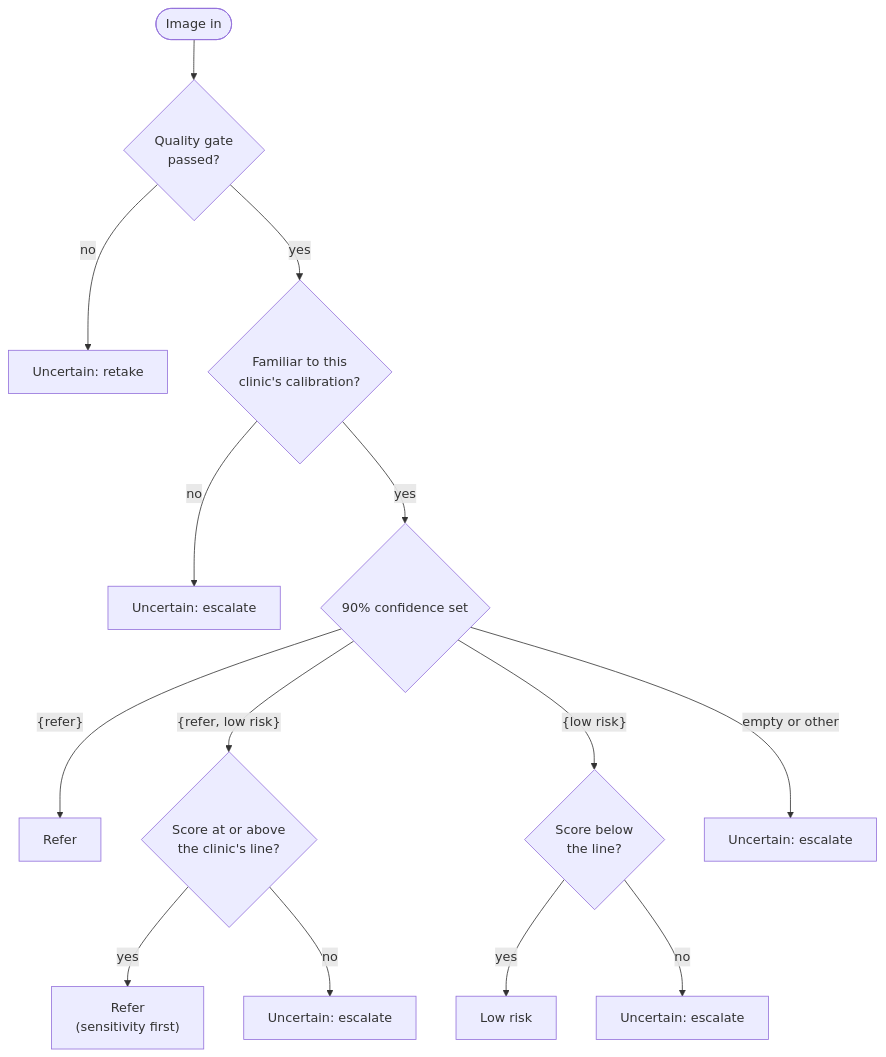
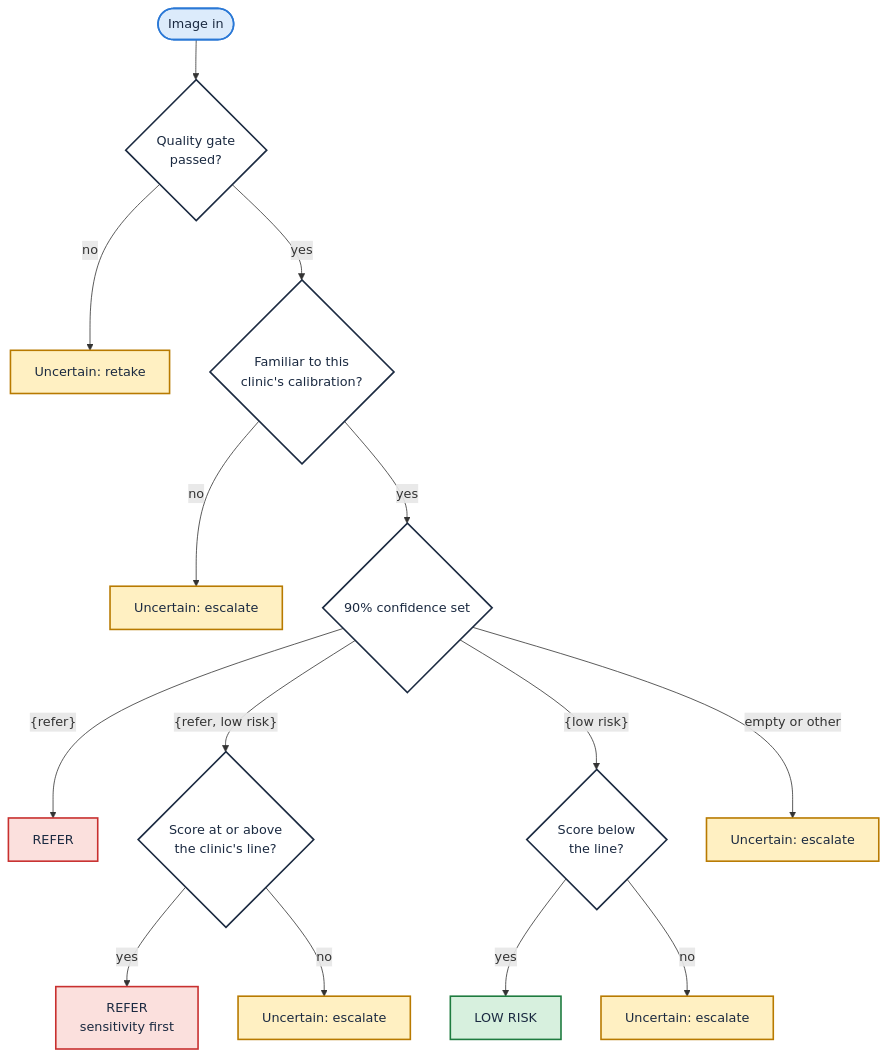
Before and after one commit to hrdk6/Neural-Storm-Hackathon: the third of 8 diagrams in README.md, drawn with Mermaid. The commit also changed other lines of this file, not shown here.

````diff
--- a/README.md
+++ b/README.md
@@ -148,16 +169,23 @@
 ```mermaid
 flowchart TD
-    S([Image in]) --> Q{"Quality gate<br/>passed?"}
-    Q -- no --> U1["Uncertain: retake"]
-    Q -- yes --> F{"Familiar to this<br/>clinic's calibration?"}
-    F -- no --> U2["Uncertain: escalate"]
-    F -- yes --> C{"90% confidence set"}
-    C -- "{refer}" --> R1["Refer"]
-    C -- "{refer, low risk}" --> T{"Score at or above<br/>the clinic's line?"}
-    T -- yes --> R2["Refer<br/>(sensitivity first)"]
-    T -- no --> U3["Uncertain: escalate"]
-    C -- "{low risk}" --> L{"Score below<br/>the line?"}
-    L -- yes --> LR["Low risk"]
-    L -- no --> U4["Uncertain: escalate"]
-    C -- "empty or other" --> U5["Uncertain: escalate"]
+    classDef data fill:#DCEBFB,stroke:#2A78D6,stroke-width:2px,color:#1B2A41
+    classDef model fill:#E9E0FA,stroke:#7A55C7,stroke-width:2px,color:#1B2A41
+    classDef good fill:#D7F0DE,stroke:#1E7B3F,stroke-width:2px,color:#1B2A41
+    classDef warn fill:#FFF0C2,stroke:#B87A00,stroke-width:2px,color:#1B2A41
+    classDef bad fill:#FBE0DD,stroke:#C8302F,stroke-width:2px,color:#1B2A41
+    classDef info fill:#D5F0F0,stroke:#17848A,stroke-width:2px,color:#1B2A41
+    classDef gate fill:#FFFFFF,stroke:#1B2A41,stroke-width:2px,color:#1B2A41
+    S([Image in]):::data --> Q{"Quality gate<br/>passed?"}:::gate
+    Q -- no --> U1["Uncertain: retake"]:::warn
+    Q -- yes --> F{"Familiar to this<br/>clinic's calibration?"}:::gate
+    F -- no --> U2["Uncertain: escalate"]:::warn
+    F -- yes --> C{"90% confidence set"}:::gate
+    C -- "{refer}" --> R1["REFER"]:::bad
+    C -- "{refer, low risk}" --> T{"Score at or above<br/>the clinic's line?"}:::gate
+    T -- yes --> R2["REFER<br/>sensitivity first"]:::bad
+    T -- no --> U3["Uncertain: escalate"]:::warn
+    C -- "{low risk}" --> L{"Score below<br/>the line?"}:::gate
+    L -- yes --> LR["LOW RISK"]:::good
+    L -- no --> U4["Uncertain: escalate"]:::warn
+    C -- "empty or other" --> U5["Uncertain: escalate"]:::warn
 ```
````
